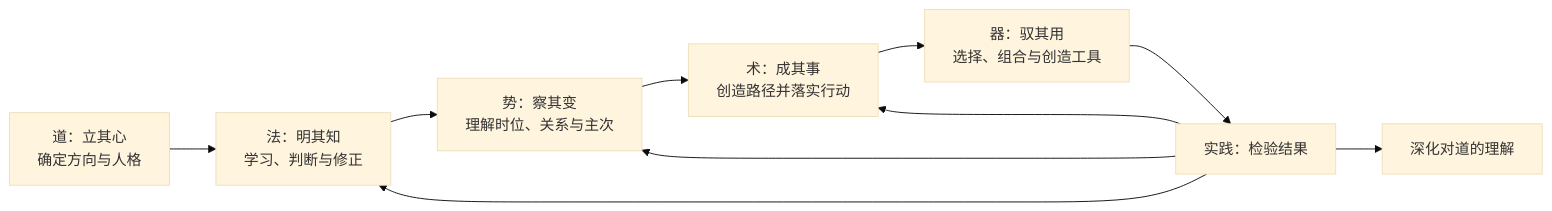
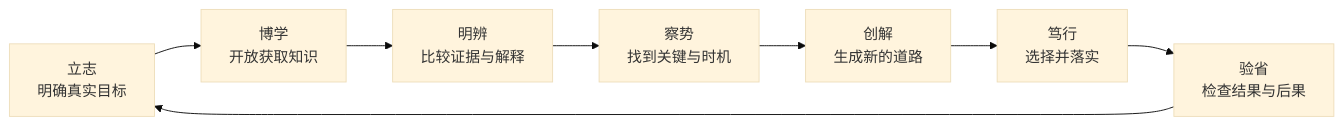
The second of 2 diagrams in README.md (fyapeng/junzi-skill), drawn with Mermaid (base theme) before and after one commit. The commit also changed other lines of this file and 1 other file, not shown here.

````diff
--- a/README.md
+++ b/README.md
@@ -11,12 +224,10 @@
 ```mermaid
 flowchart LR
-    A["道：立其心<br/>确定方向与人格"] --> B["法：明其知<br/>学习、判断与修正"]
-    B --> C["势：察其变<br/>理解时位、关系与主次"]
-    C --> D["术：成其事<br/>创造路径并落实行动"]
-    D --> E["器：驭其用<br/>选择、组合与创造工具"]
-    E --> F["实践：检验结果"]
-    F --> D
-    F --> C
-    F --> B
-    F --> G["深化对道的理解"]
+    A["立志<br/>明确真实目标"] --> B["博学<br/>开放获取知识"]
+    B --> C["明辨<br/>比较证据与解释"]
+    C --> D["察势<br/>找到关键与时机"]
+    D --> E["创解<br/>生成新的道路"]
+    E --> F["笃行<br/>选择并落实"]
+    F --> G["验省<br/>检查结果与后果"]
+    G --> A
 ```
````
